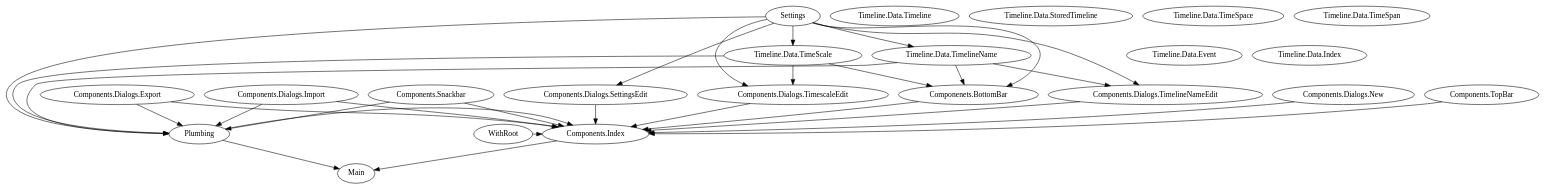
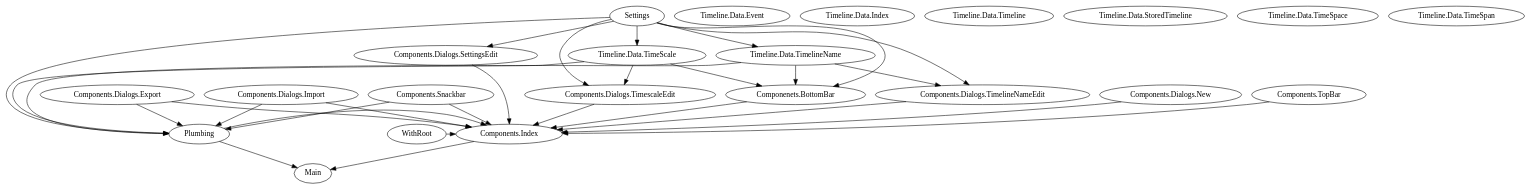
The diagram in modules.dot (openchronology/openchronology.github.io), drawn with Graphviz before and after one commit. The commit also changed 1 other file, not shown here.

```diff
--- a/modules.dot
+++ b/modules.dot
@@ -1,78 +1,78 @@
 digraph Modules {
   settings [label = "Settings"];
-  {
-    rank = same;
+  // {
+  //   rank = same;
     compDialExport [label = "Components.Dialogs.Export"];
     compDialImport [label = "Components.Dialogs.Import"];
     compDialSettingsEdit [label = "Components.Dialogs.SettingsEdit"];
     compSnackbar [label = "Components.Snackbar"];
-  }
-  {
-    rank = same;
+  // }
+  // {
+  //   rank = same;
     compBottomBar [label = "Componenets.BottomBar"];
     compDialNew [label = "Components.Dialogs.New"];
     compDialTimelineNameEdit [label = "Components.Dialogs.TimelineNameEdit"];
     compDialTimeScaleEdit [label = "Components.Dialogs.TimescaleEdit"];
     compTopBar [label = "Components.TopBar"];
-  }
+  // }
   {
     rank = same;
     compIndex [label = "Components.Index"];
     plumbing [label = "Plumbing"];
     withRoot [label = "WithRoot"];
   }
-  {
-    rank = same;
+  // {
+  //   rank = same;
     timeDataEvent [label = "Timeline.Data.Event"];
     timeDataIndex [label = "Timeline.Data.Index"];
     timeDataTimeScale [label = "Timeline.Data.TimeScale"];
     timeDataTimelineName [label = "Timeline.Data.TimelineName"];
-  }
-  {
-    rank = same;
+  // }
+  // {
+  //   rank = same;
     timeDataTimeline [label = "Timeline.Data.Timeline"];
     timeDataStoredTimeline [label = "Timeline.Data.StoredTimeline"];
     timeDataTimeSpace [label = "Timeline.Data.TimeSpace"];
     timeDataTimeSpan [label = "Timeline.Data.TimeSpan"];
-  }
+  // }
   main [label = "Main"];
 
   compIndex -> main;
   plumbing -> main;
 
   compDialImport -> plumbing;
   compDialExport -> plumbing;
   timeDataTimelineName -> plumbing;
   timeDataTimeScale -> plumbing;
   compSnackbar -> plumbing;
   settings -> plumbing;
 
   timeDataTimeScale -> compBottomBar;
 
   compTopBar -> compIndex;
   compBottomBar -> compIndex;
   compDialImport -> compIndex;
   compDialExport -> compIndex;
   compDialNew -> compIndex;
   compDialTimelineNameEdit -> compIndex;
   compDialTimeScaleEdit -> compIndex;
   compDialSettingsEdit -> compIndex;
   compSnackbar -> compIndex;
   withRoot -> compIndex;
   plumbing -> compIndex;
 
   timeDataTimelineName -> compBottomBar;
   settings -> compBottomBar;
 
   settings -> compDialSettingsEdit;
 
   timeDataTimeScale -> compDialTimeScaleEdit;
   settings -> compDialTimeScaleEdit;
 
   timeDataTimelineName -> compDialTimelineNameEdit;
   settings -> compDialTimelineNameEdit;
 
   settings -> timeDataTimeScale;
 
   settings -> timeDataTimelineName;
 }
```
